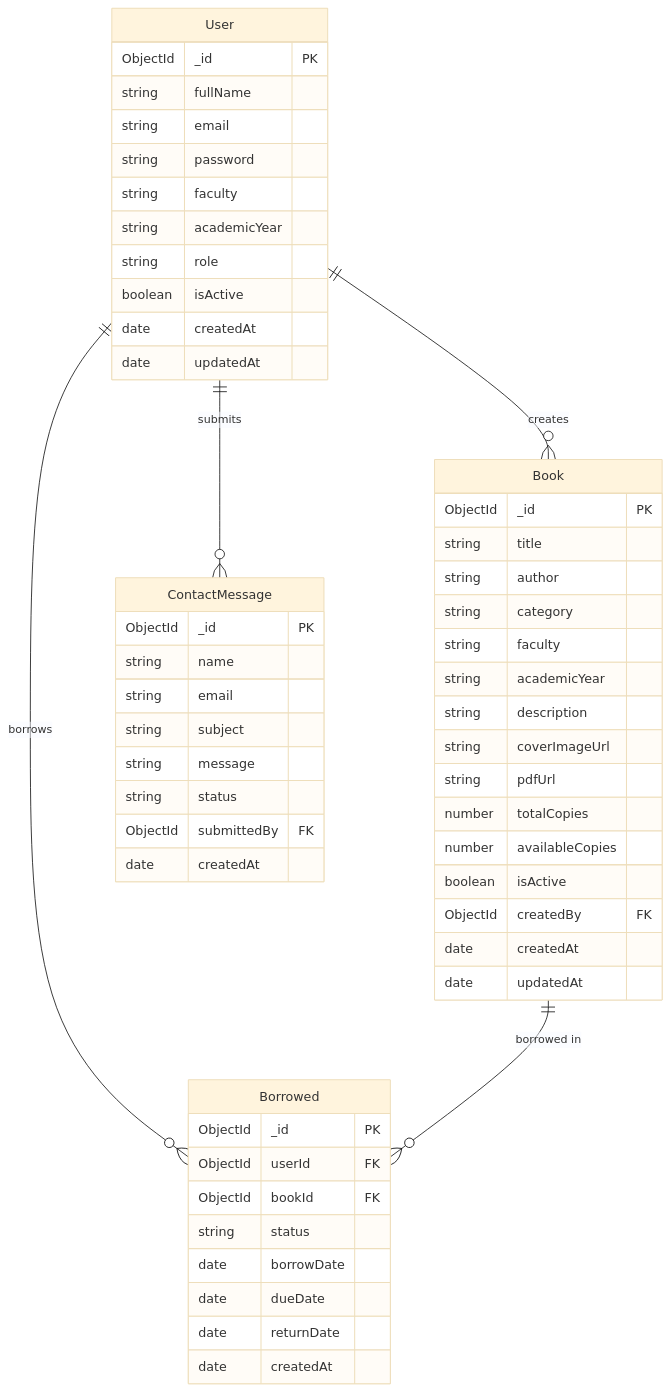
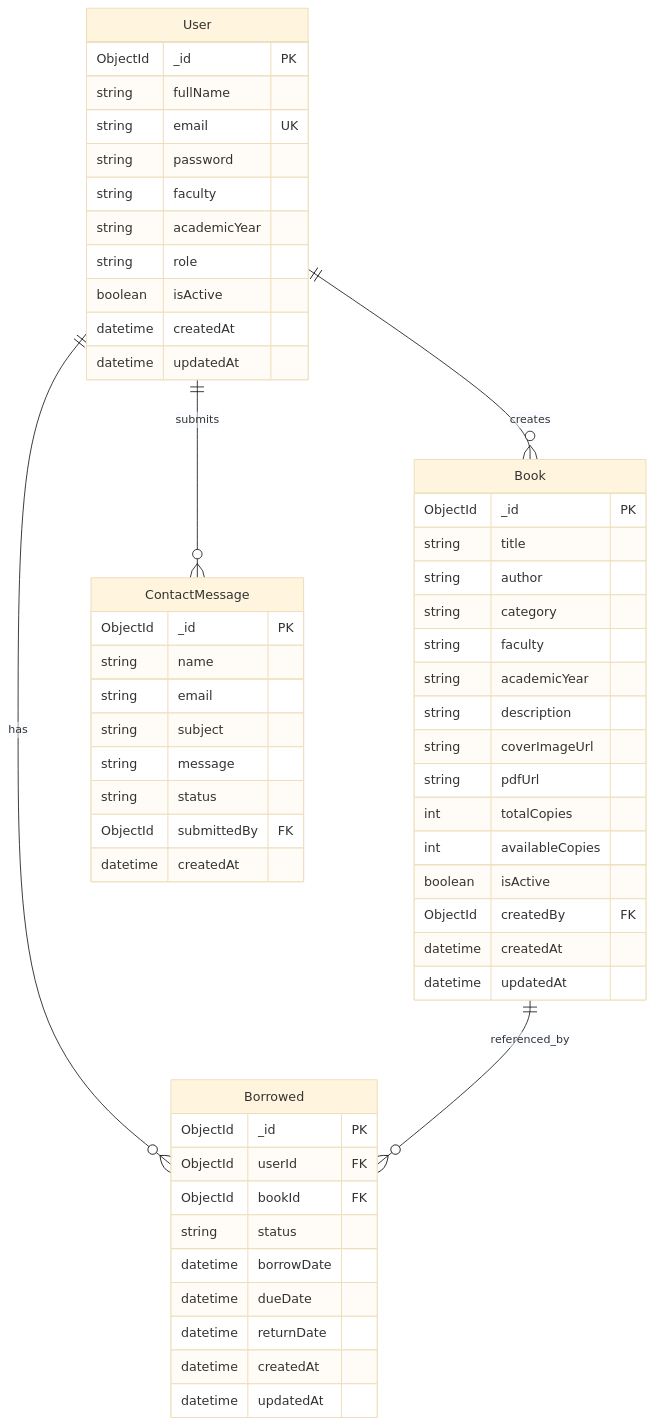
Before and after one commit to ayatkady/eelu-library-hub: the third of 17 diagrams in DOCUMENTATION.md, drawn with Mermaid (base theme). The commit also changed other lines of this file and 21 other files, not shown here.

````diff
--- a/DOCUMENTATION.md
+++ b/DOCUMENTATION.md
@@ -171,57 +1124,61 @@
 ```mermaid
 erDiagram
     User {
         ObjectId _id PK
         string fullName
-        string email
+        string email UK
         string password
         string faculty
         string academicYear
         string role
         boolean isActive
-        date createdAt
-        date updatedAt
+        datetime createdAt
+        datetime updatedAt
     }
+
     Book {
         ObjectId _id PK
         string title
         string author
         string category
         string faculty
         string academicYear
         string description
         string coverImageUrl
         string pdfUrl
-        number totalCopies
-        number availableCopies
+        int totalCopies
+        int availableCopies
         boolean isActive
         ObjectId createdBy FK
-        date createdAt
-        date updatedAt
+        datetime createdAt
+        datetime updatedAt
     }
+
     Borrowed {
         ObjectId _id PK
         ObjectId userId FK
         ObjectId bookId FK
         string status
-        date borrowDate
-        date dueDate
-        date returnDate
-        date createdAt
+        datetime borrowDate
+        datetime dueDate
+        datetime returnDate
+        datetime createdAt
+        datetime updatedAt
     }
+
     ContactMessage {
         ObjectId _id PK
         string name
         string email
         string subject
         string message
         string status
         ObjectId submittedBy FK
-        date createdAt
+        datetime createdAt
     }
 
-    User ||--o{ Borrowed : "borrows"
-    Book ||--o{ Borrowed : "borrowed in"
+    User ||--o{ Borrowed : "has"
+    Book ||--o{ Borrowed : "referenced_by"
     User ||--o{ ContactMessage : "submits"
     User ||--o{ Book : "creates"
 ```
````
